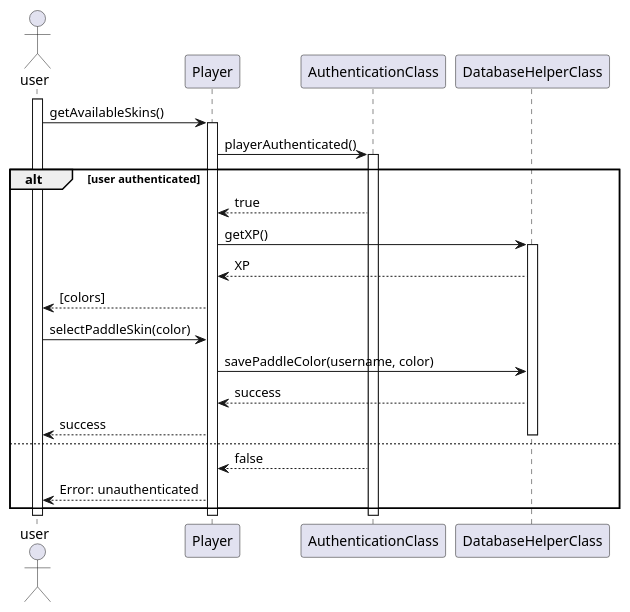
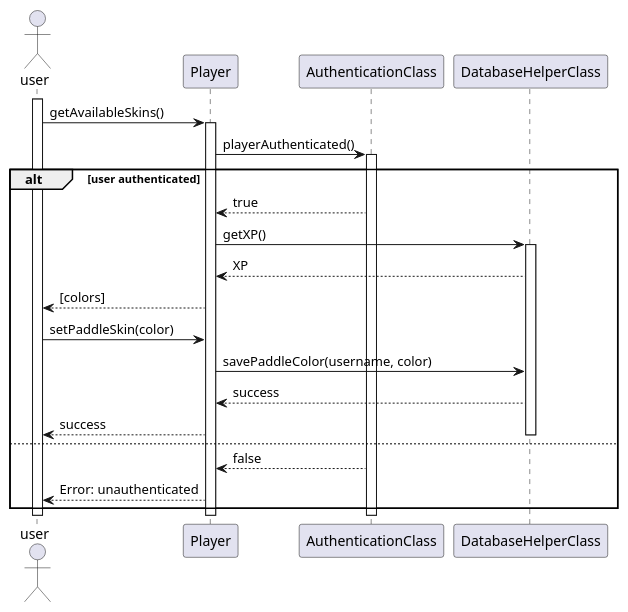
Before and after one commit to PolyPong/PolyPong: the diagram in doc/sequencediagrams/fr28.puml, drawn with PlantUML.

```diff
--- a/doc/sequencediagrams/fr28.puml
+++ b/doc/sequencediagrams/fr28.puml
@@ -1,34 +1,34 @@
 @startuml
 actor user
 
 participant Player as U
 participant AuthenticationClass as A
 participant DatabaseHelperClass as db
 
 
 activate user
         user -> U: getAvailableSkins()
         activate U
                 U -> A: playerAuthenticated()
                 activate A
                         alt user authenticated
                                 A --> U: true
                                 U -> db: getXP()
                                 activate db
                                 db --> U: XP
                                         U --> user: [colors]
-                                        user -> U: selectPaddleSkin(color)
+                                        user -> U: setPaddleSkin(color)
                                         U -> db: savePaddleColor(username, color)
                                         db --> U: success
                                         U --> user: success
                 deactivate db
                                 else
                                         A --> U: false
                                         U --> user: Error: unauthenticated
                                 end
                 deactivate A
                                 
         deactivate U
         
 deactivate user
 @enduml
```
